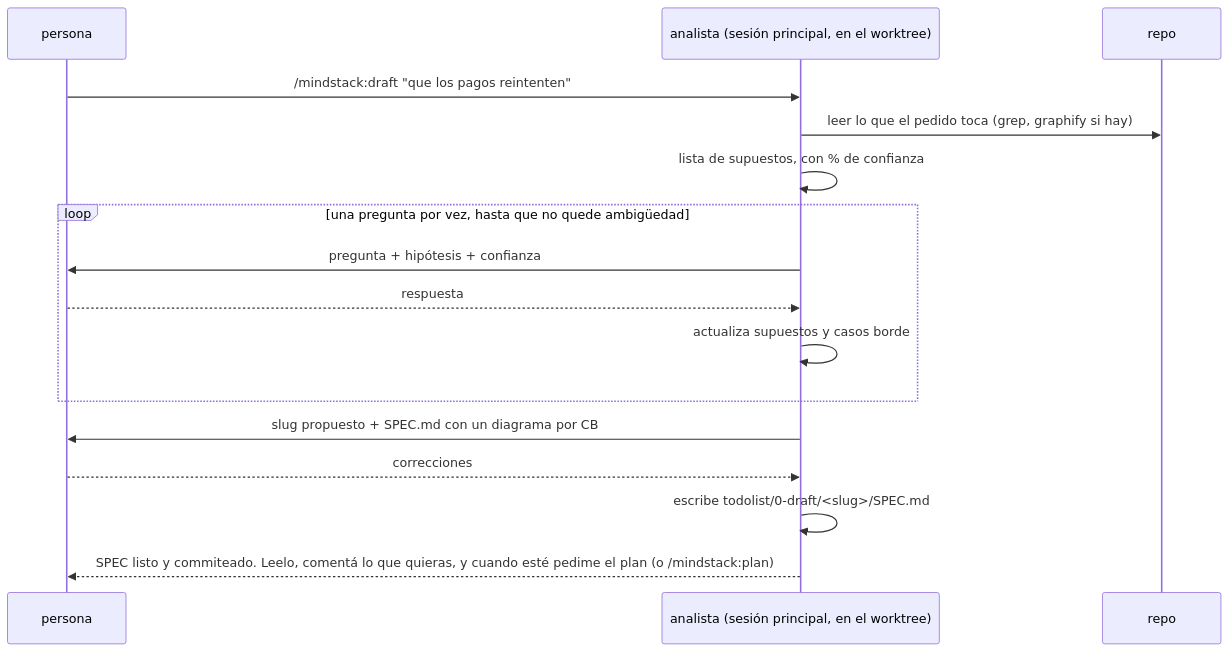
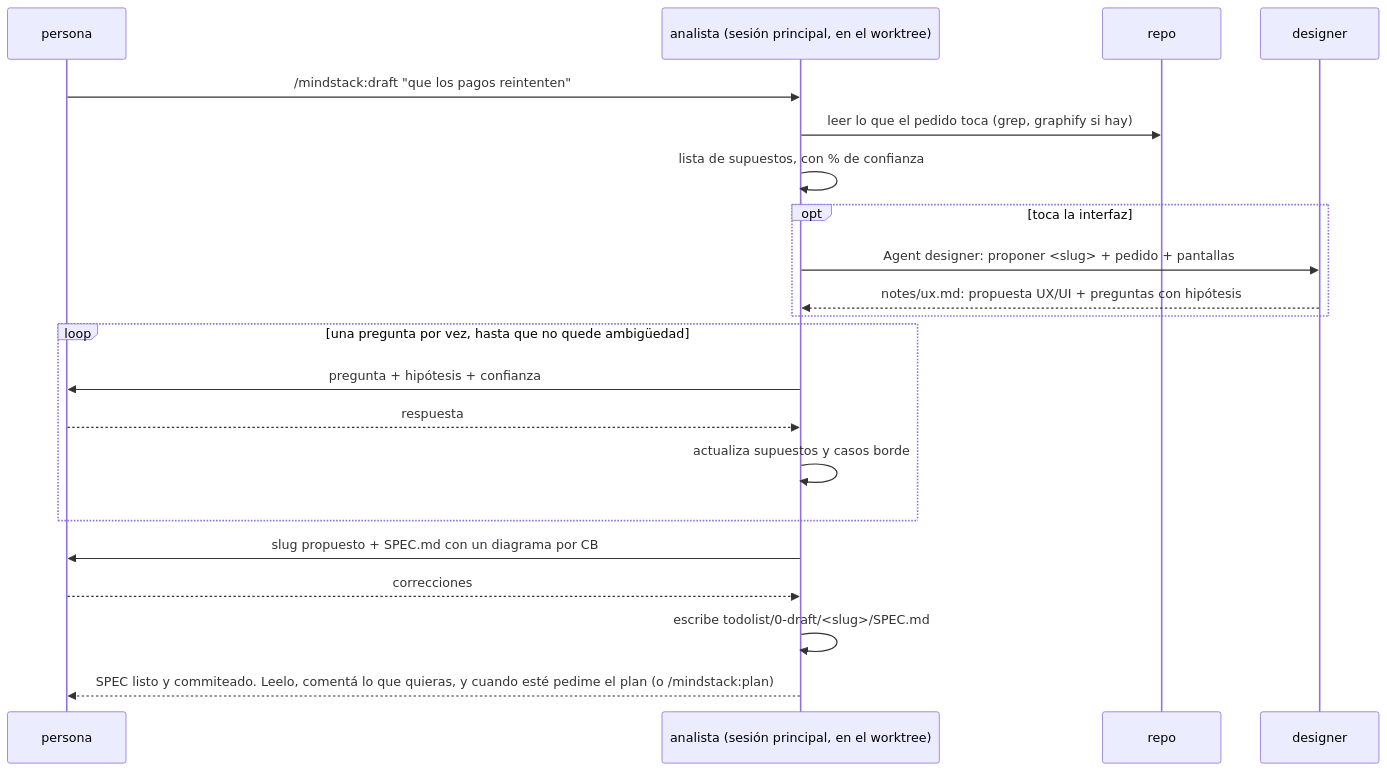
The first of 2 diagrams in skills/workflow/references/analyze.md (octavio-parozlabs/mindstack), drawn with Mermaid before and after one commit. The commit also changed other lines of this file and 16 other files, not shown here.

````diff
--- a/skills/workflow/references/analyze.md
+++ b/skills/workflow/references/analyze.md
@@ -5,18 +5,23 @@
 ```mermaid
 sequenceDiagram
     participant P as persona
     participant A as analista (sesión principal, en el worktree)
     participant R as repo
+    participant D as designer
     P->>A: /mindstack:draft "que los pagos reintenten"
     A->>R: leer lo que el pedido toca (grep, graphify si hay)
     A->>A: lista de supuestos, con % de confianza
+    opt toca la interfaz
+        A->>D: Agent designer: proponer <slug> + pedido + pantallas
+        D-->>A: notes/ux.md: propuesta UX/UI + preguntas con hipótesis
+    end
     loop una pregunta por vez, hasta que no quede ambigüedad
         A->>P: pregunta + hipótesis + confianza
         P-->>A: respuesta
         A->>A: actualiza supuestos y casos borde
     end
     A->>P: slug propuesto + SPEC.md con un diagrama por CB
     P-->>A: correcciones
     A->>A: escribe todolist/0-draft/<slug>/SPEC.md
     A-->>P: SPEC listo y commiteado. Leelo, comentá lo que quieras, y cuando esté pedime el plan (o /mindstack:plan)
 ```
````
